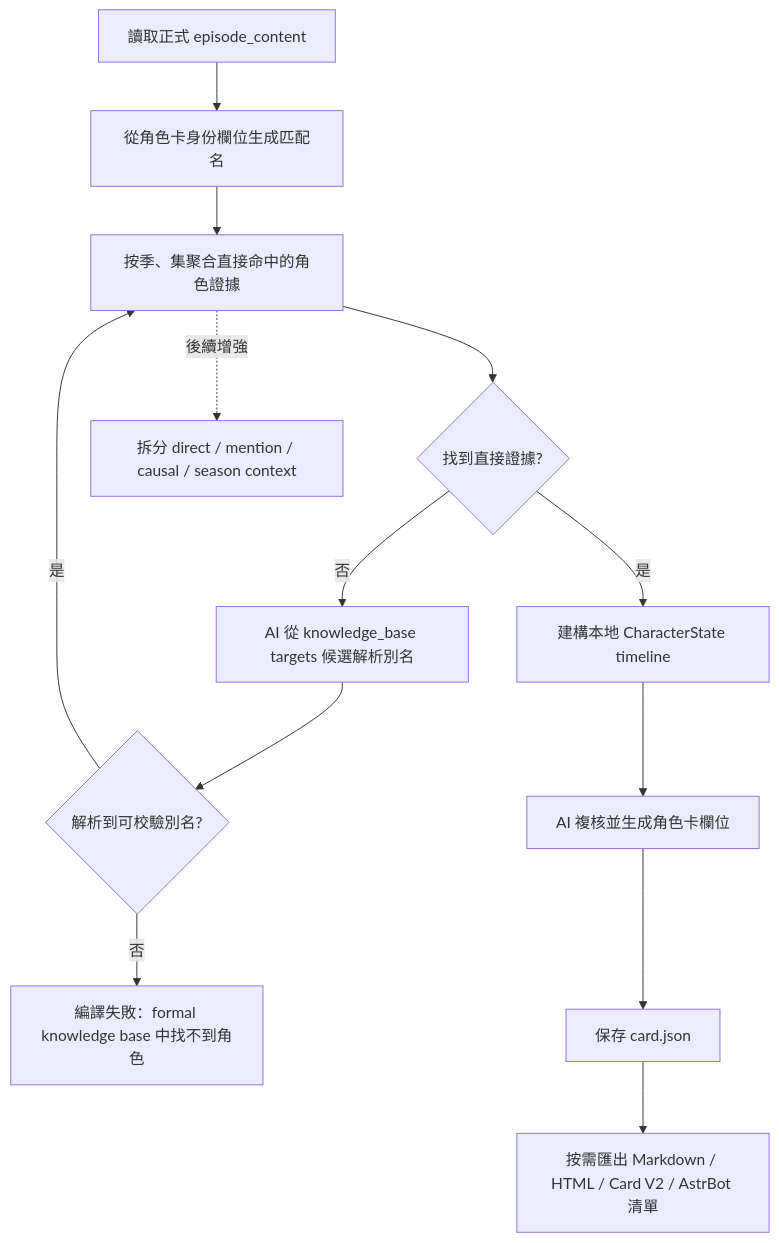
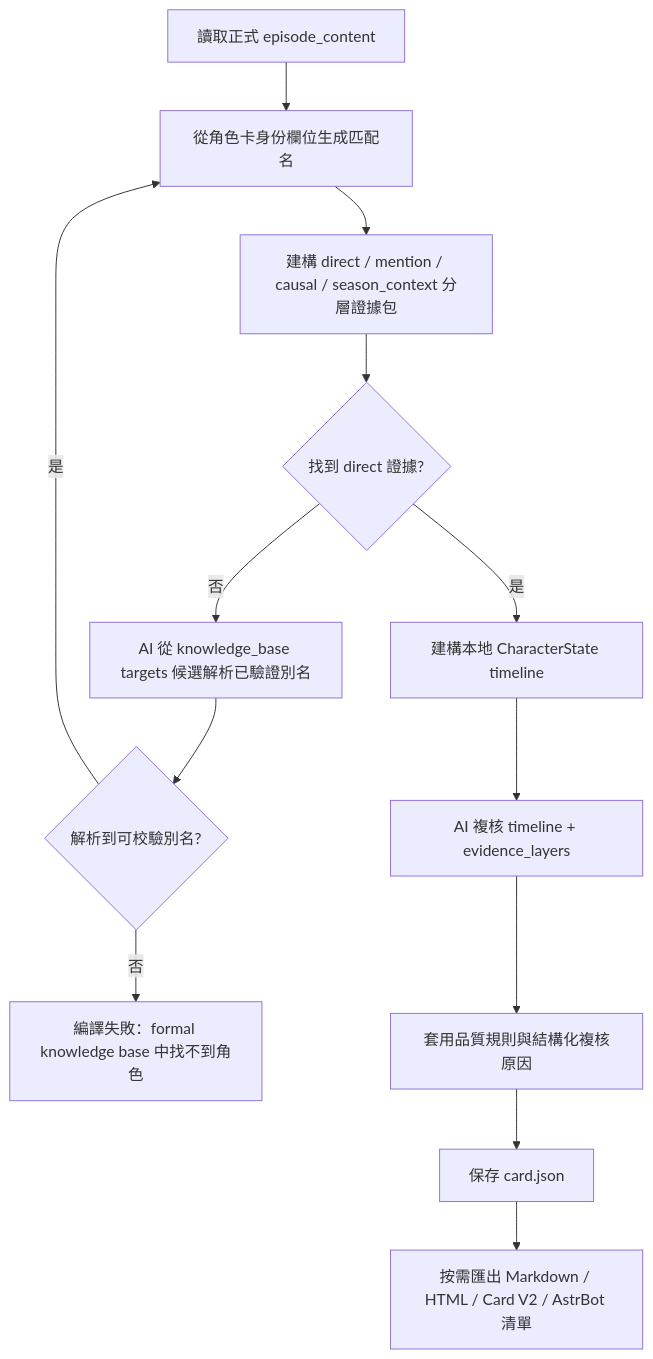
The second of 2 diagrams in docs/reference/extraction-workflow.zh_TW.md (yomihime/CharaPicker), drawn with Mermaid before and after one commit. The commit also changed other lines of this file and 17 other files, not shown here.

Commit message:
docs: refresh character card quality architecture

````diff
--- a/docs/reference/extraction-workflow.zh_TW.md
+++ b/docs/reference/extraction-workflow.zh_TW.md
@@ -212,15 +215,15 @@
 ```mermaid
 flowchart TD
     A[讀取正式 episode_content] --> B[從角色卡身份欄位生成匹配名]
-    B --> C[按季、集聚合直接命中的角色證據]
-    C --> D{找到直接證據?}
-    D -->|否| E[AI 從 knowledge_base targets 候選解析別名]
+    B --> C[建構 direct / mention / causal / season_context 分層證據包]
+    C --> D{找到 direct 證據?}
+    D -->|否| E[AI 從 knowledge_base targets 候選解析已驗證別名]
     E --> F{解析到可校驗別名?}
-    F -->|是| C
+    F -->|是| B
     F -->|否| X[編譯失敗：formal knowledge base 中找不到角色]
     D -->|是| G[建構本地 CharacterState timeline]
-    G --> H[AI 複核並生成角色卡欄位]
-    H --> I[保存 card.json]
+    G --> H[AI 複核 timeline + evidence_layers]
+    H --> Q[套用品質規則與結構化複核原因]
+    Q --> I[保存 card.json]
     I --> J[按需匯出 Markdown / HTML / Card V2 / AstrBot 清單]
-    C -. 後續增強 .-> K[拆分 direct / mention / causal / season context]
 ```
````
